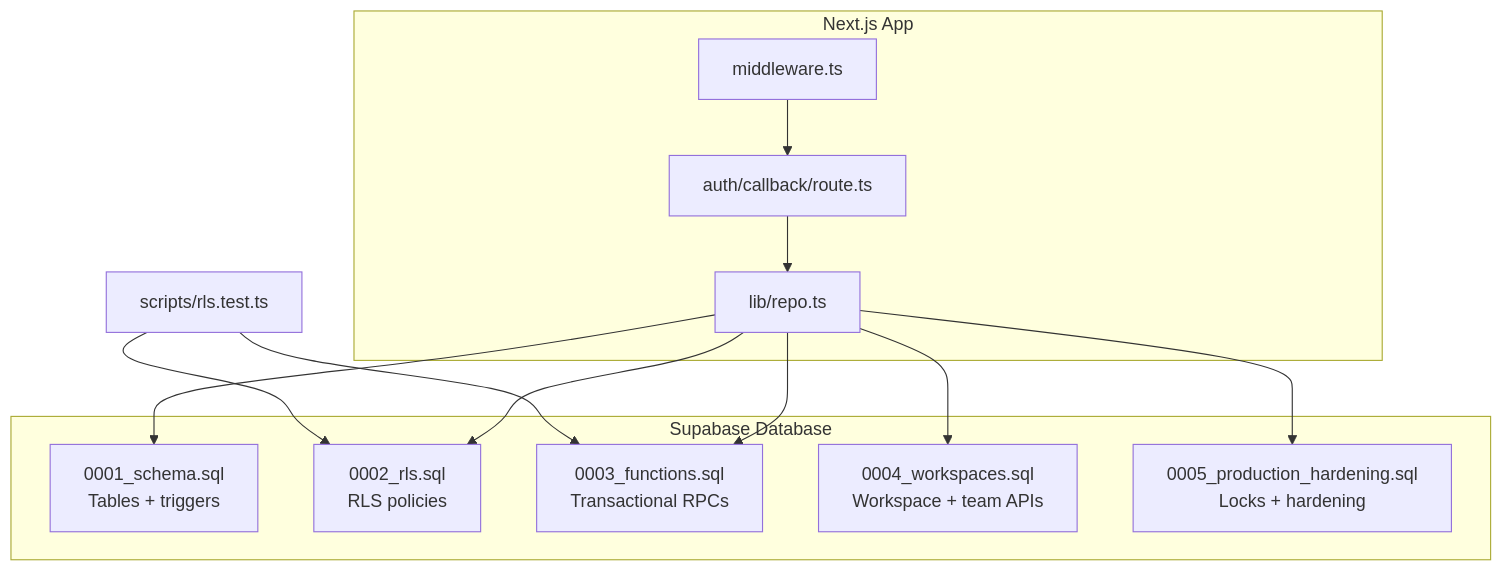
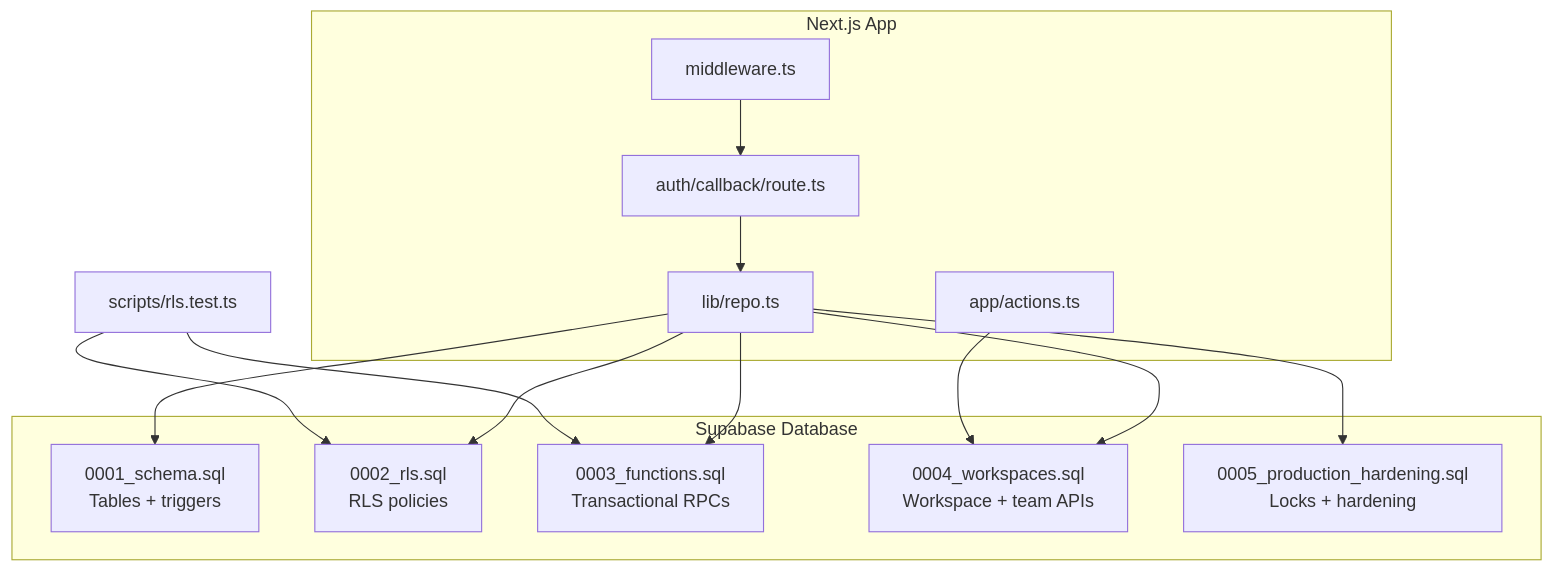
Before and after one commit to aarz24/Laris_HackathonGTNIC2026: the first of 8 diagrams in .qoder/repowiki/en/content/Database Design/Multi-Tenancy & Row-Level Security.md, drawn with Mermaid. The commit also changed other lines of this file and 58 other files, not shown here.

````diff
--- a/.qoder/repowiki/en/content/Database Design/Multi-Tenancy & Row-Level Security.md
+++ b/.qoder/repowiki/en/content/Database Design/Multi-Tenancy & Row-Level Security.md
@@ -40,25 +50,27 @@
 ```mermaid
 graph TB
 subgraph "Next.js App"
 MW["middleware.ts"]
 CB["auth/callback/route.ts"]
 REPO["lib/repo.ts"]
+ACTIONS["app/actions.ts"]
 end
 subgraph "Supabase Database"
 SCHEMA["0001_schema.sql<br/>Tables + triggers"]
 POLICIES["0002_rls.sql<br/>RLS policies"]
 FUNCTIONS["0003_functions.sql<br/>Transactional RPCs"]
 WORKSPACES["0004_workspaces.sql<br/>Workspace + team APIs"]
 HARDENING["0005_production_hardening.sql<br/>Locks + hardening"]
 end
 TEST["scripts/rls.test.ts"]
 MW --> CB
 CB --> REPO
 REPO --> SCHEMA
 REPO --> POLICIES
 REPO --> FUNCTIONS
 REPO --> WORKSPACES
 REPO --> HARDENING
+ACTIONS --> WORKSPACES
 TEST --> POLICIES
 TEST --> FUNCTIONS
 ```
````
